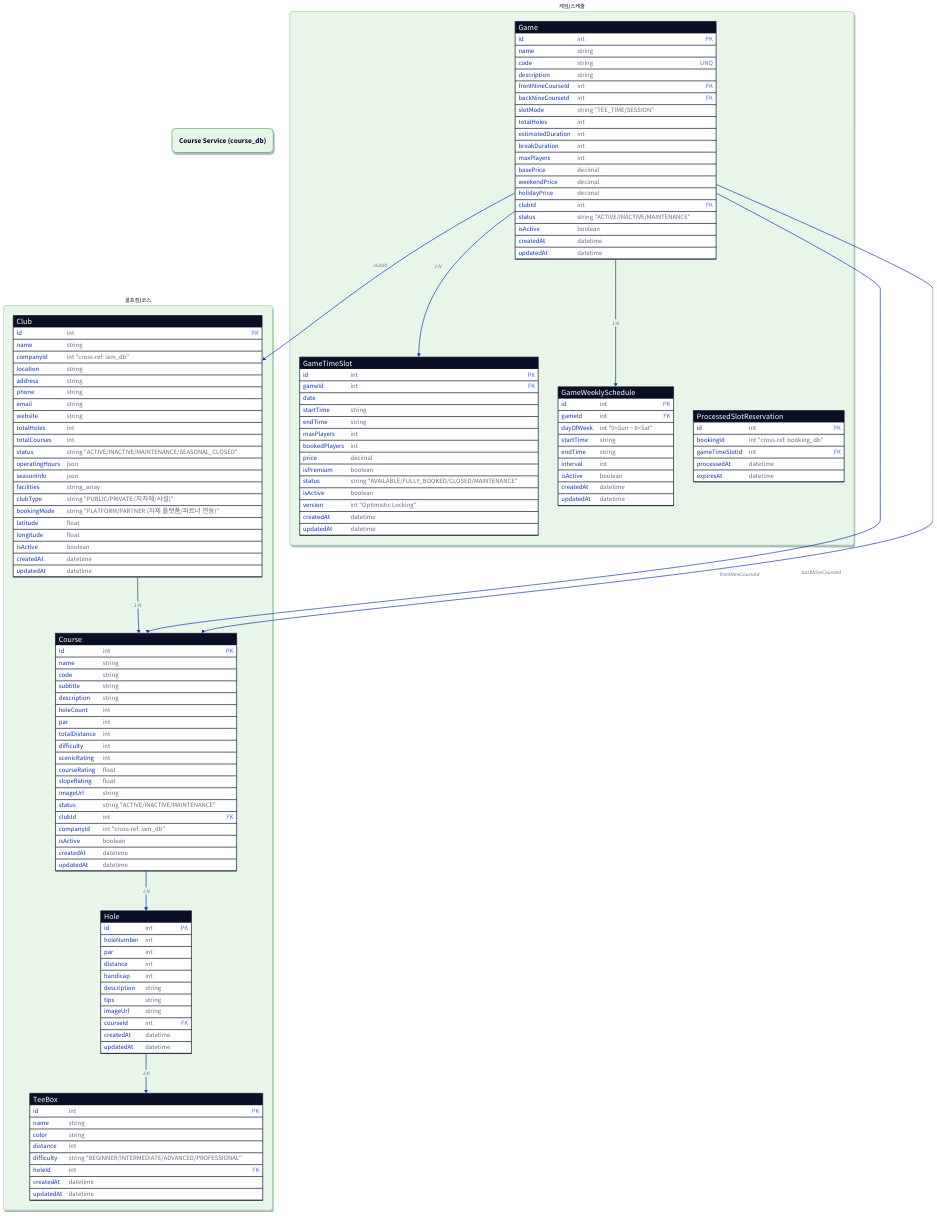
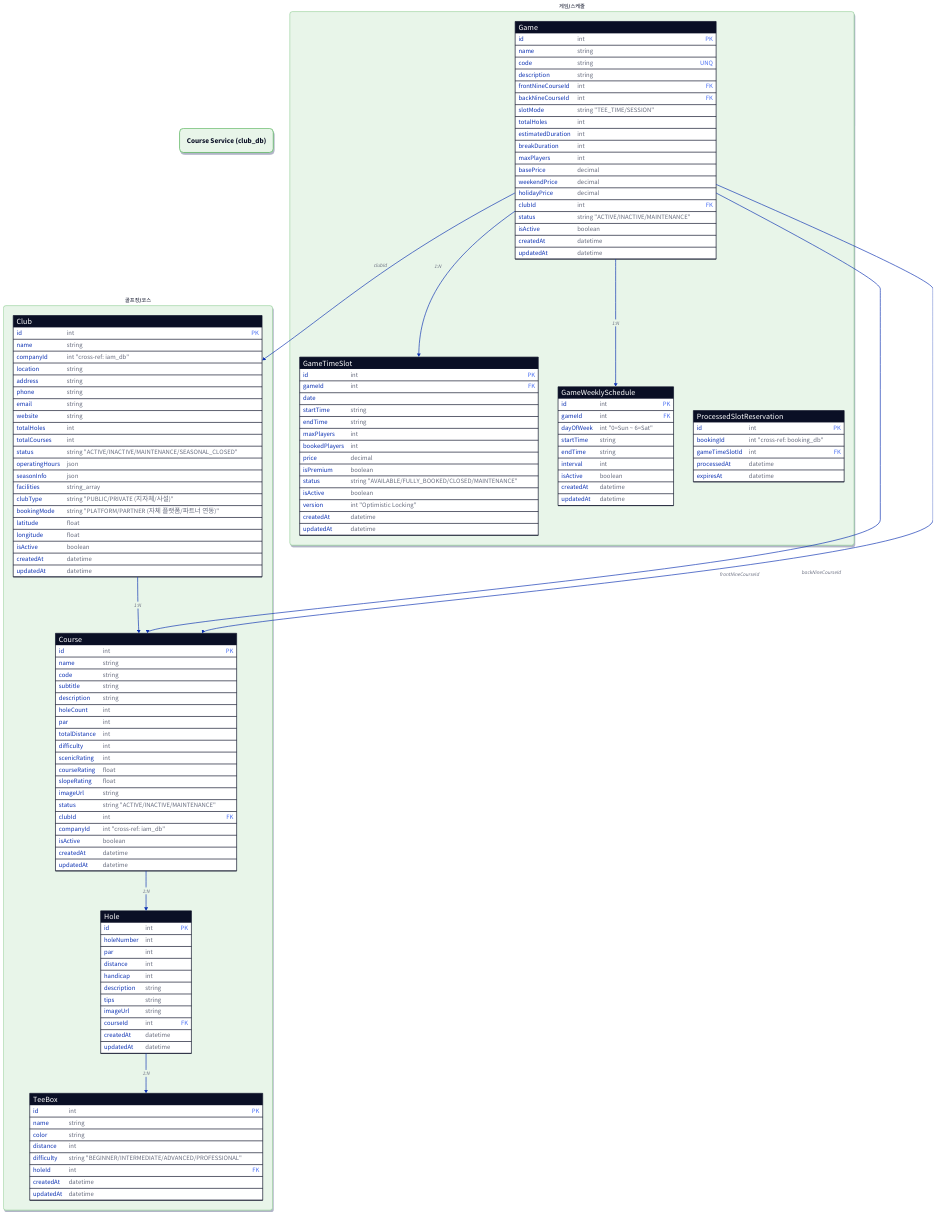
One commit to uniyous/parkgolf-platform changed the third of 9 diagrams in docs/architecture/DATABASE.md. Above: the diagram before and after it, drawn with D2. The commit also changed other lines of this file and 130 other files, not shown here.

First line of the commit message:
refactor(infra): course-service → club-service 풀 리네임 (UNI-80)

```diff
--- a/docs/architecture/DATABASE.md
+++ b/docs/architecture/DATABASE.md
@@ -515,7 +515,7 @@
   }
 }
 
-header: "Course Service (course_db)" {
+header: "Course Service (club_db)" {
   class: db-title
   style.fill: "#E8F5E9"
   style.stroke: "#4CAF50"
```
